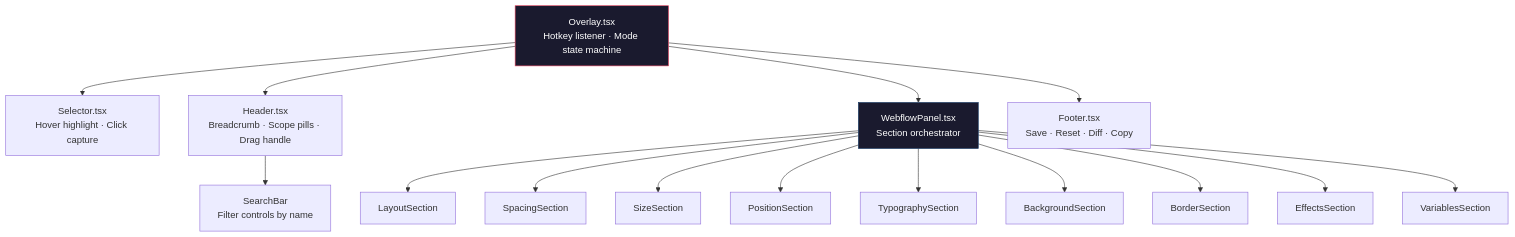
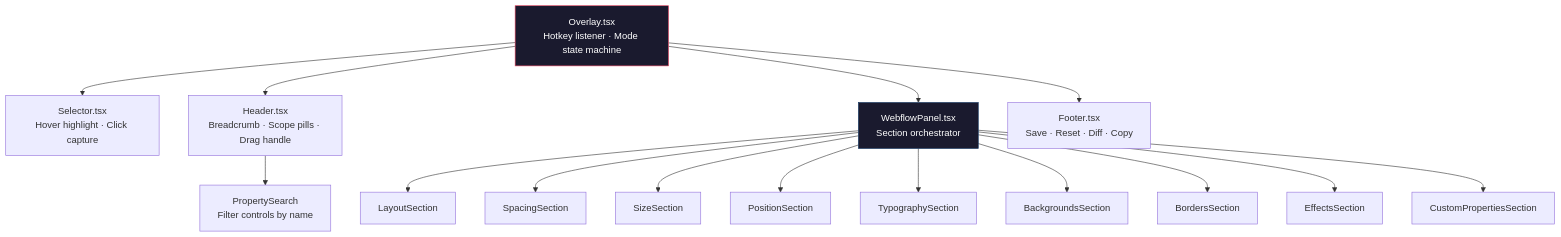
The fourth of 10 diagrams in ARCHITECTURE.md (SkylarKitchen/redial), drawn with Mermaid before and after one commit. The commit also changed other lines of this file and 193 other files, not shown here.

````diff
--- a/ARCHITECTURE.md
+++ b/ARCHITECTURE.md
@@ -161,29 +161,29 @@
 ```mermaid
 graph TD
     Overlay["Overlay.tsx<br/>Hotkey listener · Mode state machine"]
     Selector["Selector.tsx<br/>Hover highlight · Click capture"]
     Header["Header.tsx<br/>Breadcrumb · Scope pills · Drag handle"]
     WP["WebflowPanel.tsx<br/>Section orchestrator"]
     Footer["Footer.tsx<br/>Save · Reset · Diff · Copy"]
-    Search["SearchBar<br/>Filter controls by name"]
+    Search["PropertySearch<br/>Filter controls by name"]
 
     Overlay --> Selector
     Overlay --> Header
     Overlay --> WP
     Overlay --> Footer
 
     WP --> LS["LayoutSection"]
     WP --> SS["SpacingSection"]
     WP --> SZ["SizeSection"]
     WP --> PS["PositionSection"]
     WP --> TS["TypographySection"]
-    WP --> BG["BackgroundSection"]
-    WP --> BR["BorderSection"]
+    WP --> BG["BackgroundsSection"]
+    WP --> BR["BordersSection"]
     WP --> EF["EffectsSection"]
-    WP --> VS["VariablesSection"]
+    WP --> CP["CustomPropertiesSection"]
 
     Header --> Search
 
     style Overlay fill:#1a1a2e,stroke:#e94560,color:#fff
     style WP fill:#1a1a2e,stroke:#0f3460,color:#fff
 ```
````
